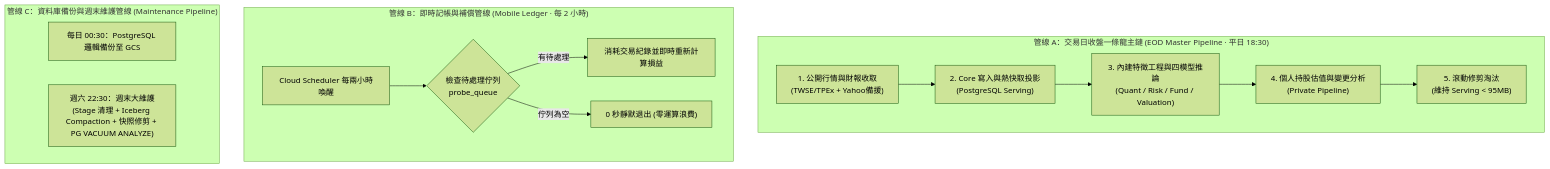
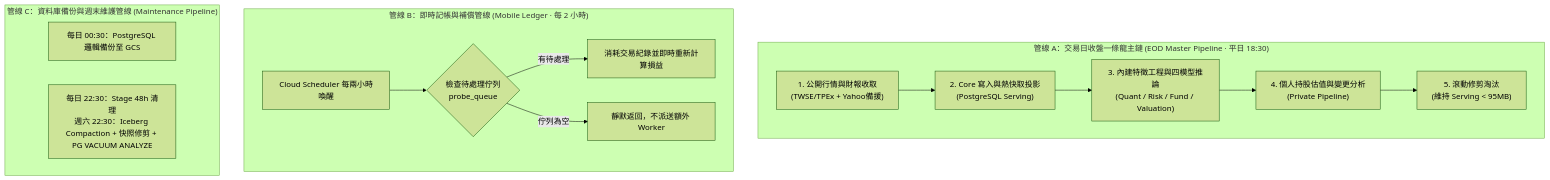
One commit to tommylin15/janus-omniforge changed the diagram in doc/spec/unified-batch-flow.md. Above: the diagram before and after it, drawn with Mermaid (forest theme). The commit also changed other lines of this file and 1 other file, not shown here.

````diff
--- a/doc/spec/unified-batch-flow.md
+++ b/doc/spec/unified-batch-flow.md
@@ -149,20 +149,20 @@
 ```mermaid
 flowchart TD
     subgraph Pipeline_A["管線 A：交易日收盤一條龍主鏈 (EOD Master Pipeline · 平日 18:30)"]
         A1["1. 公開行情與財報收取<br/>(TWSE/TPEx + Yahoo備援)"] --> A2["2. Core 寫入與熱快取投影<br/>(PostgreSQL Serving)"]
         A2 --> A3["3. 內建特徵工程與四模型推論<br/>(Quant / Risk / Fund / Valuation)"]
         A3 --> A4["4. 個人持股估值與變更分析<br/>(Private Pipeline)"]
         A4 --> A5["5. 滾動修剪淘汰<br/>(維持 Serving < 95MB)"]
     end
 
     subgraph Pipeline_B["管線 B：即時記帳與補償管線 (Mobile Ledger · 每 2 小時)"]
         B1["Cloud Scheduler 每兩小時喚醒"] --> B2{"檢查待處理佇列<br/>probe_queue"}
         B2 -- "有待處理" --> B3["消耗交易紀錄並即時重新計算損益"]
-        B2 -- "佇列為空" --> B4["0 秒靜默退出 (零運算浪費)"]
+        B2 -- "佇列為空" --> B4["靜默返回，不派送額外 Worker"]
     end
 
     subgraph Pipeline_C["管線 C：資料庫備份與週末維護管線 (Maintenance Pipeline)"]
         C1["每日 00:30：PostgreSQL 邏輯備份至 GCS"]
-        C2["週六 22:30：週末大維護<br/>(Stage 清理 + Iceberg Compaction + 快照修剪 + PG VACUUM ANALYZE)"]
+        C2["每日 22:30：Stage 48h 清理<br/>週六 22:30：Iceberg Compaction + 快照修剪 + PG VACUUM ANALYZE"]
     end
 ```
````
